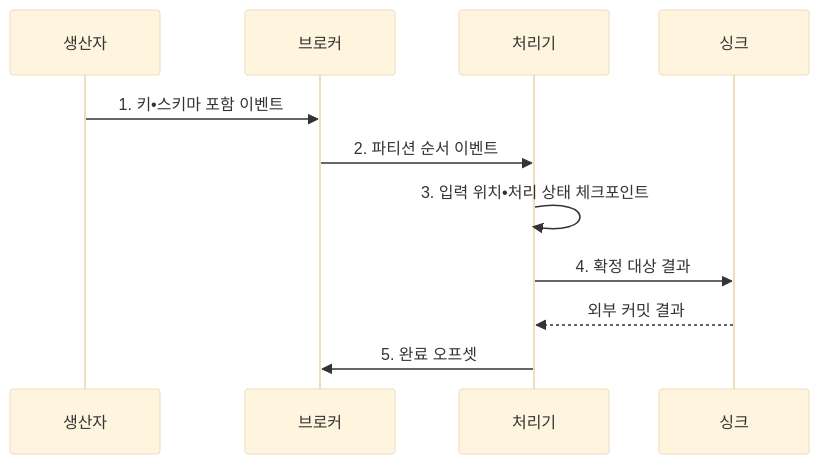
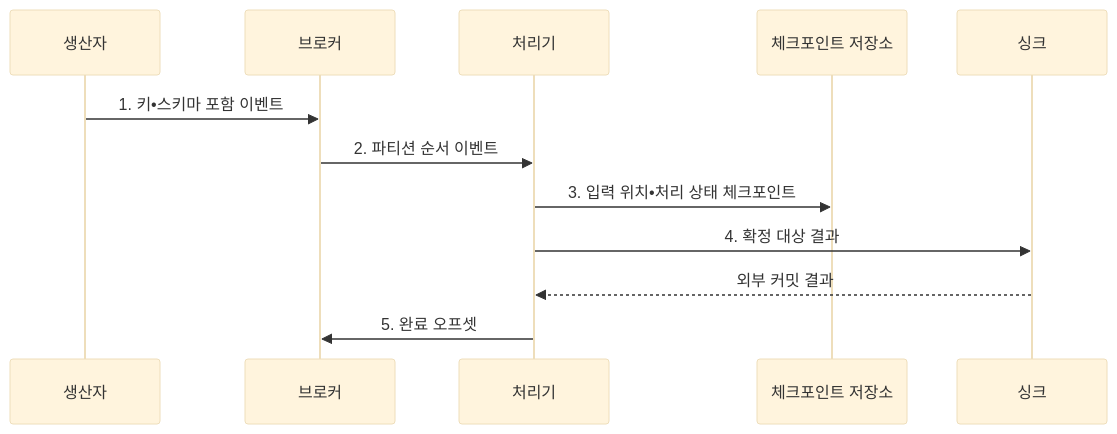
One commit to agnusdei1207/knowledge-base changed the second of 2 diagrams in src/content/docs/notes/03-software/122_real_time_streaming_platform.md. Above: the diagram before and after it, drawn with Mermaid (base theme). The commit also changed other lines of this file and 5 other files, not shown here.

````diff
--- a/src/content/docs/notes/03-software/122_real_time_streaming_platform.md
+++ b/src/content/docs/notes/03-software/122_real_time_streaming_platform.md
@@ -116,13 +116,14 @@
 ```mermaid
 sequenceDiagram
     participant P as 생산자
     participant B as 브로커
     participant E as 처리기
+    participant C as 체크포인트 저장소
     participant S as 싱크
     P->>B: 1. 키•스키마 포함 이벤트
     B->>E: 2. 파티션 순서 이벤트
-    E->>E: 3. 입력 위치•처리 상태 체크포인트
+    E->>C: 3. 입력 위치•처리 상태 체크포인트
     E->>S: 4. 확정 대상 결과
     S-->>E: 외부 커밋 결과
     E->>B: 5. 완료 오프셋
 ```
````
